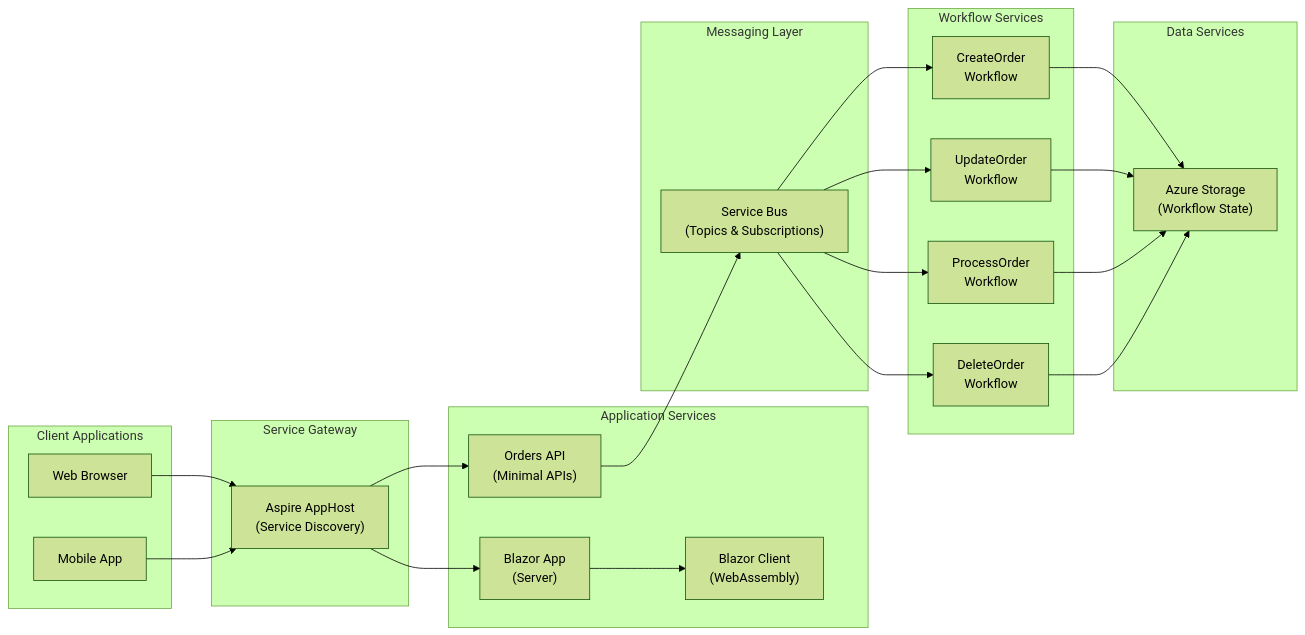
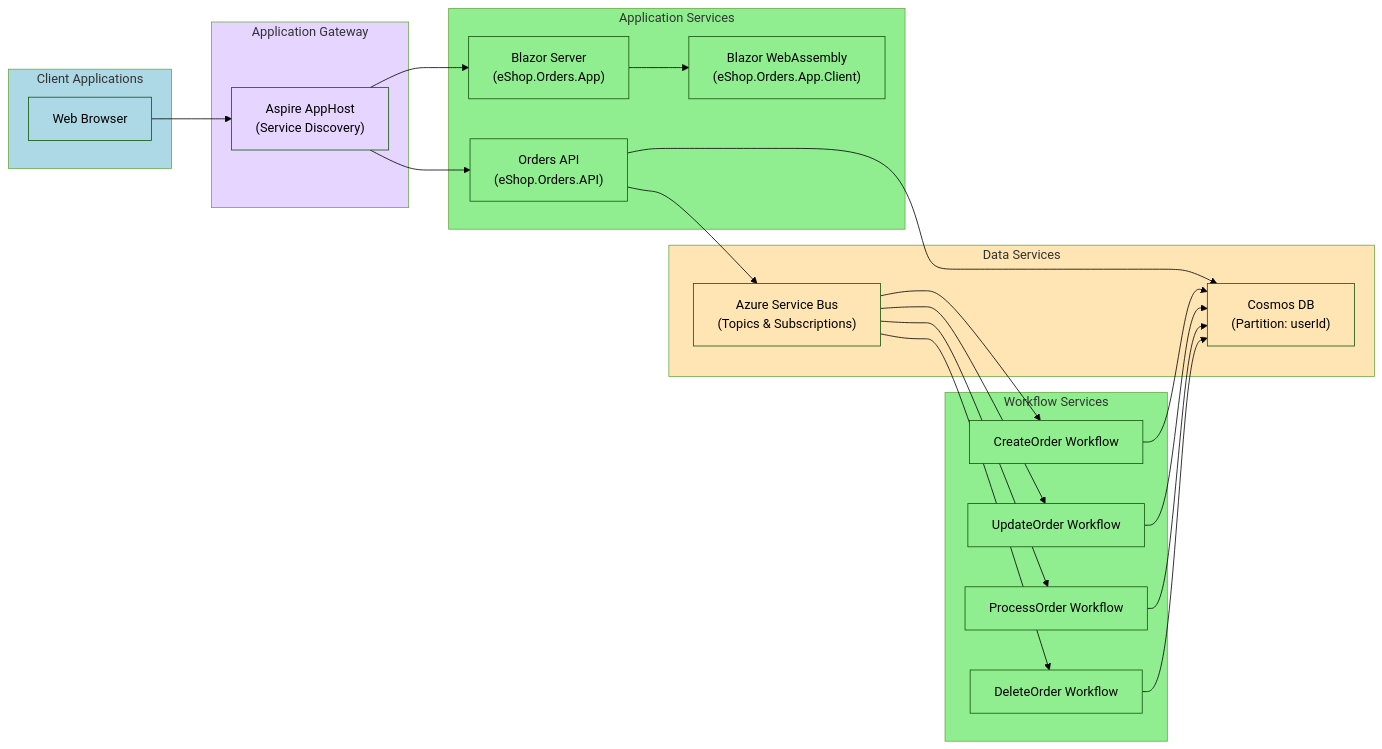
The sixth of 12 diagrams in README.md (Evilazaro/Azure-LogicApps-Monitoring), drawn with Mermaid (forest theme) before and after one commit. The commit also changed other lines of this file, not shown here.

Commit message:
refactor: update flowcharts in README.md for improved clarity and consistency

````diff
--- a/README.md
+++ b/README.md
@@ -398,50 +447,62 @@
 ```mermaid
 flowchart LR
     subgraph Clients["Client Applications"]
-        Browser["Web Browser"]
-        MobileApp["Mobile App"]
+        WebBrowser["Web Browser"]
     end
     
-    subgraph Gateway["Service Gateway"]
-        AspireHost["Aspire AppHost<br/>(Service Discovery)"]
+    subgraph Gateway["Application Gateway"]
+        AspireAppHost["Aspire AppHost<br/>(Service Discovery)"]
     end
     
     subgraph Services["Application Services"]
-        OrdersAPI["Orders API<br/>(Minimal APIs)"]
-        BlazorServer["Blazor App<br/>(Server)"]
-        BlazorWASM["Blazor Client<br/>(WebAssembly)"]
+        OrdersAPI["Orders API<br/>(eShop.Orders.API)"]
+        BlazorServer["Blazor Server<br/>(eShop.Orders.App)"]
+        BlazorClient["Blazor WebAssembly<br/>(eShop.Orders.App.Client)"]
     end
     
     subgraph Workflows["Workflow Services"]
-        CreateWorkflow["CreateOrder<br/>Workflow"]
-        UpdateWorkflow["UpdateOrder<br/>Workflow"]
-        ProcessWorkflow["ProcessOrder<br/>Workflow"]
-        DeleteWorkflow["DeleteOrder<br/>Workflow"]
+        CreateOrderWF["CreateOrder Workflow"]
+        UpdateOrderWF["UpdateOrder Workflow"]
+        ProcessOrderWF["ProcessOrder Workflow"]
+        DeleteOrderWF["DeleteOrder Workflow"]
     end
     
-    subgraph Messaging["Messaging Layer"]
-        ServiceBus["Service Bus<br/>(Topics & Subscriptions)"]
+    subgraph DataServices["Data Services"]
+        CosmosDB["Cosmos DB<br/>(Partition: userId)"]
+        ServiceBus["Azure Service Bus<br/>(Topics & Subscriptions)"]
     end
     
-    subgraph Data["Data Services"]
-        AzureStorage["Azure Storage<br/>(Workflow State)"]
-    end
-    
-    Browser --> AspireHost
-    MobileApp --> AspireHost
-    
-    AspireHost --> OrdersAPI
-    AspireHost --> BlazorServer
-    BlazorServer --> BlazorWASM
+    WebBrowser --> AspireAppHost
+    AspireAppHost --> OrdersAPI
+    AspireAppHost --> BlazorServer
+    BlazorServer --> BlazorClient
     
     OrdersAPI --> ServiceBus
-    ServiceBus --> CreateWorkflow
-    ServiceBus --> UpdateWorkflow
-    ServiceBus --> ProcessWorkflow
-    ServiceBus --> DeleteWorkflow
+    ServiceBus --> CreateOrderWF
+    ServiceBus --> UpdateOrderWF
+    ServiceBus --> ProcessOrderWF
+    ServiceBus --> DeleteOrderWF
     
-    CreateWorkflow --> AzureStorage
-    UpdateWorkflow --> AzureStorage
-    ProcessWorkflow --> AzureStorage
-    DeleteWorkflow --> AzureStorage
+    OrdersAPI --> CosmosDB
+    CreateOrderWF --> CosmosDB
+    UpdateOrderWF --> CosmosDB
+    ProcessOrderWF --> CosmosDB
+    DeleteOrderWF --> CosmosDB
+    
+    style Clients fill:#ADD8E6
+    style Gateway fill:#E6D5FF
+    style Services fill:#90EE90
+    style Workflows fill:#90EE90
+    style DataServices fill:#FFE5B4
+    style WebBrowser fill:#ADD8E6
+    style AspireAppHost fill:#E6D5FF
+    style OrdersAPI fill:#90EE90
+    style BlazorServer fill:#90EE90
+    style BlazorClient fill:#90EE90
+    style CreateOrderWF fill:#90EE90
+    style UpdateOrderWF fill:#90EE90
+    style ProcessOrderWF fill:#90EE90
+    style DeleteOrderWF fill:#90EE90
+    style CosmosDB fill:#FFE5B4
+    style ServiceBus fill:#FFE5B4
 ```
````
